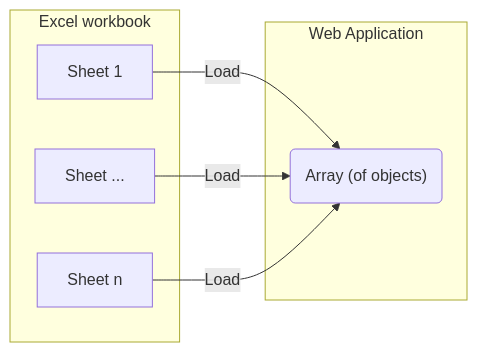
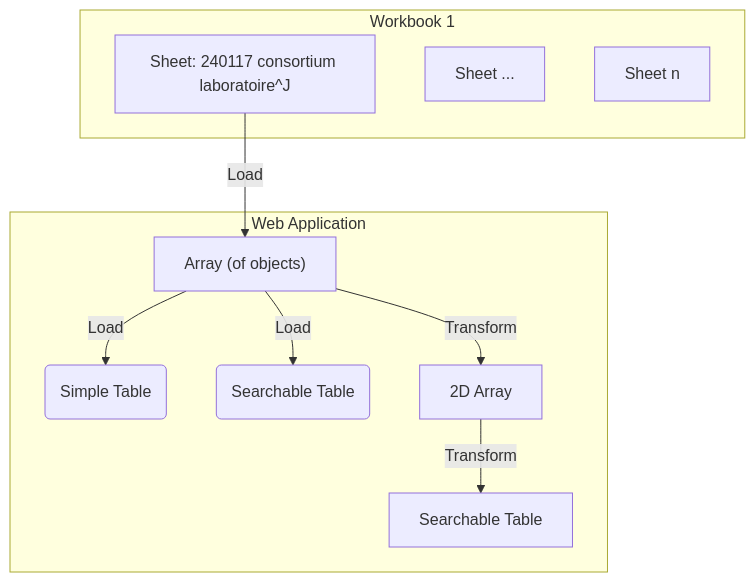
One commit to VCityTeam/PEPR-VDBI changed the diagram in data-visualization/docs/initial-import-test.md. Above: the diagram before and after it, drawn with Mermaid. The commit also changed other lines of this file and 1 other file, not shown here.

Commit message:
update notes, doc

````diff
--- a/data-visualization/docs/initial-import-test.md
+++ b/data-visualization/docs/initial-import-test.md
@@ -17,14 +19,15 @@
 ```mermaid
-flowchart LR
-    subgraph Excel workbook
-        AA[Sheet 1]
+flowchart TD
+    subgraph "Workbook 1"
+        AA[Sheet: 240117 consortium laboratoire^J]
         AB[Sheet ...]
         AC[Sheet n]
     end
     AA -->|Load| C
-    AB -->|Load| C
-    AC -->|Load| C
     subgraph Web Application
-        C("Array (of objects)")
+        C["Array (of objects)"] -->|Load| D(Simple Table)
+        C -->|Load| E(Searchable Table)
+        C -->|Transform| F[2D Array]
+        F -->|Transform| G[Searchable Table]
     end
 ```
````
